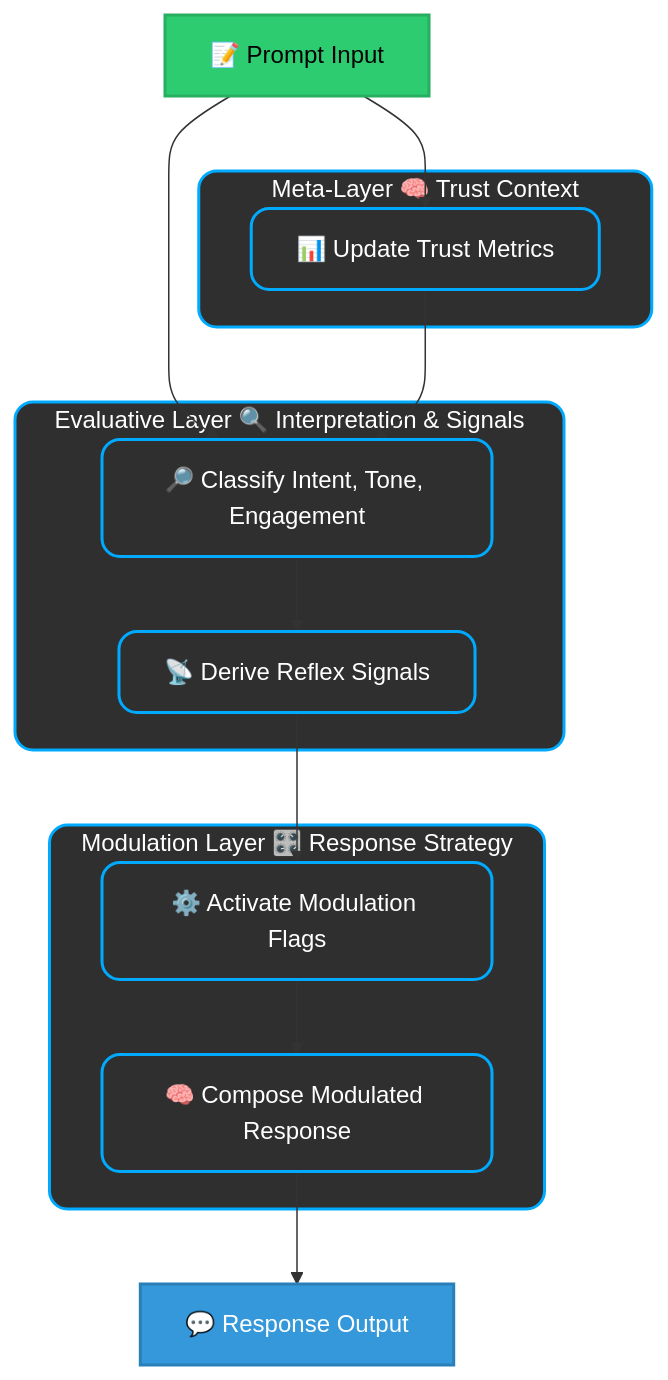
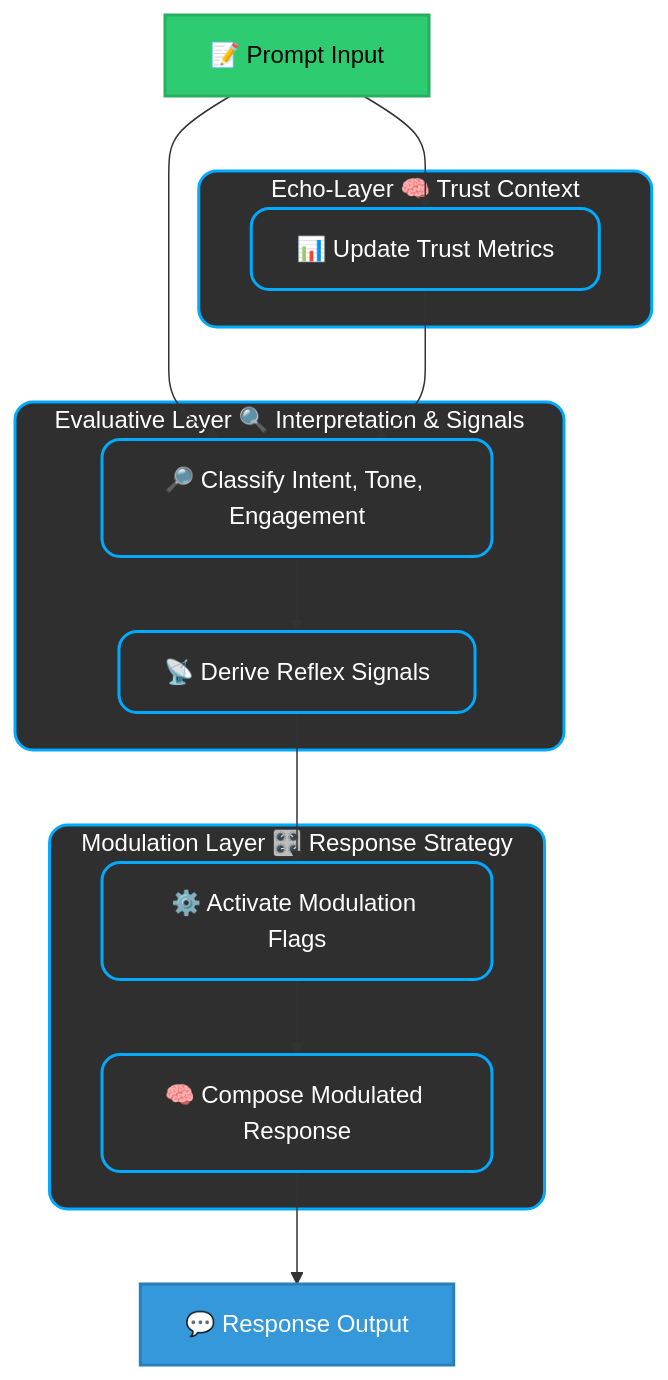
The second of 2 diagrams in reflextrust-paper.md (ktjkc/reflextrust), drawn with Mermaid before and after one commit. The commit also changed other lines of this file, not shown here.

````diff
--- a/reflextrust-paper.md
+++ b/reflextrust-paper.md
@@ -652,47 +651,47 @@
 ```mermaid
 flowchart TD
     %% === INPUT ===
     PI[📝 Prompt Input]
     class PI io_input;
 
-    %% === META-LAYER ===
-    subgraph META["Meta-Layer 🧠 Trust Context"]
+    %% === Echo-Layer ===
+    subgraph META["Echo-Layer 🧠 Trust Context"]
         M1[📊 Update Trust Metrics]
     end
 
     %% === EVALUATIVE-LAYER ===
     subgraph EVAL["Evaluative Layer 🔍 Interpretation & Signals"]
         E2[🔎 Classify Intent, Tone, Engagement]
         E3[📡 Derive Reflex Signals]
     end
 
     %% === MODULATION-LAYER ===
     subgraph MOD["Modulation Layer 🎛️ Response Strategy"]
         F1[⚙️ Activate Modulation Flags]
         F2[🧠 Compose Modulated Response]
     end
 
     %% === OUTPUT ===
     RO[💬 Response Output]
     class RO io_output;
 
     %% Flow Arrows
     PI --> M1
     PI --> E2
     M1 --> E2
     E2 --> E3
     E3 --> F1
     F1 --> F2
     F2 --> RO
 
     %% Layer Styling
     classDef layer fill:#2f2f2f,stroke:#00aaff,stroke-width:2px,rx:12,ry:12,color:#ffffff;
 
     %% I/O Styling
     classDef io_input fill:#2ecc71,color:#000000,stroke:#27ae60,stroke-width:2px;
     classDef io_output fill:#3498db,color:#ffffff,stroke:#2980b9,stroke-width:2px;
 
     %% Assign Classes
     class META,EVAL,MOD layer;
     class M1,E2,E3,F1,F2 layer;
 ```
````
